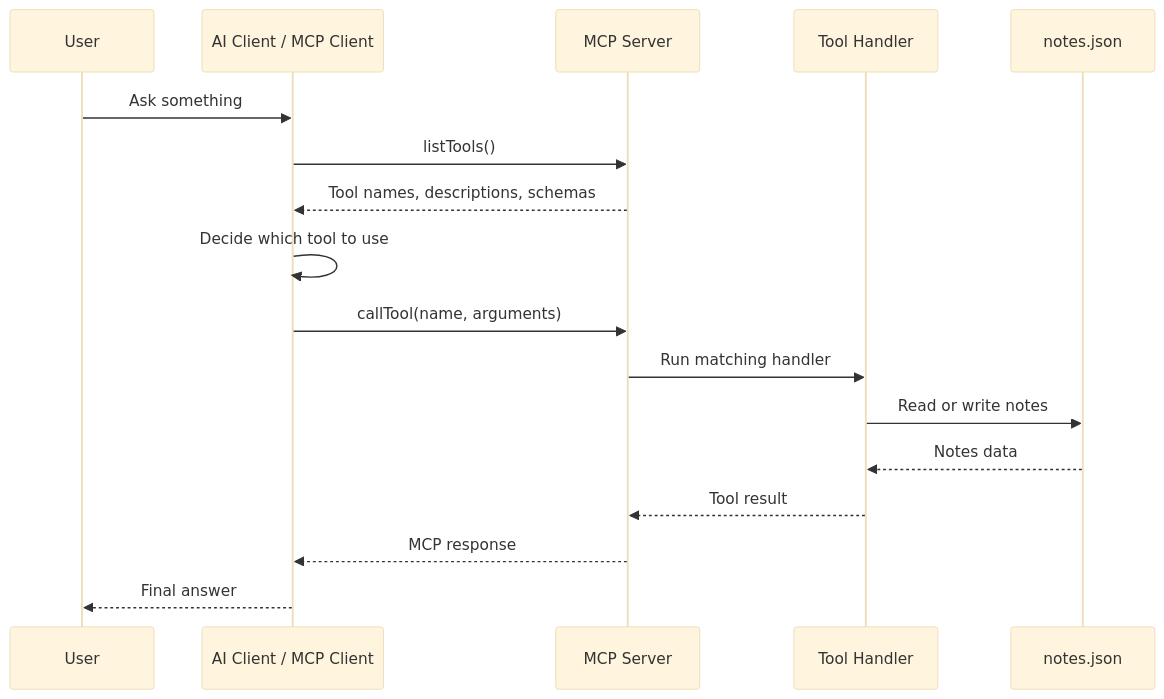
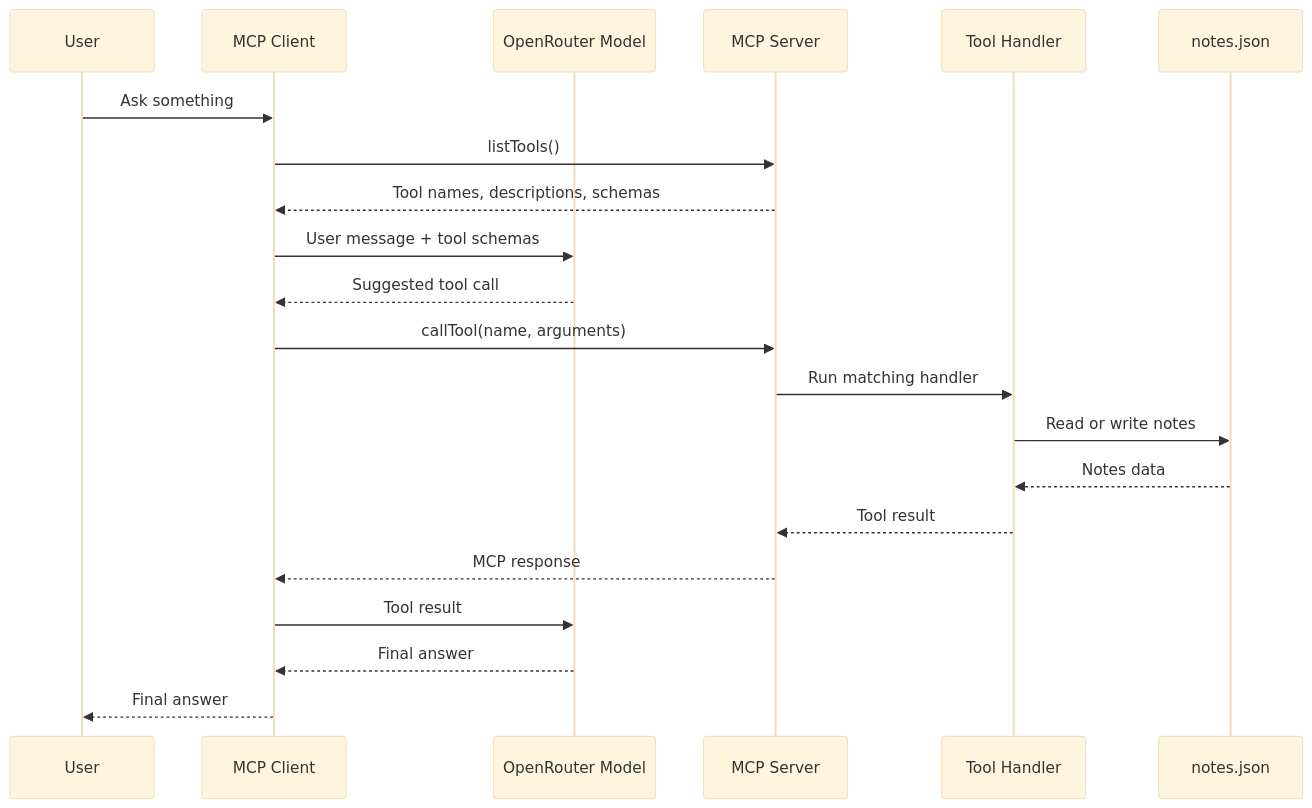
The diagram in docs/server-flow.md (sknefi/notes-mcp-server), drawn with Mermaid (base theme) before and after one commit.

Commit message:
updated flow

````diff
--- a/docs/server-flow.md
+++ b/docs/server-flow.md
@@ -24,20 +24,24 @@
 ```mermaid
 sequenceDiagram
     participant User
-    participant AI as AI Client / MCP Client
+    participant Client as MCP Client
+    participant AI as OpenRouter Model
     participant Server as MCP Server
     participant Tool as Tool Handler
     participant Store as notes.json
 
-    User->>AI: Ask something
-    AI->>Server: listTools()
-    Server-->>AI: Tool names, descriptions, schemas
-    AI->>AI: Decide which tool to use
-    AI->>Server: callTool(name, arguments)
+    User->>Client: Ask something
+    Client->>Server: listTools()
+    Server-->>Client: Tool names, descriptions, schemas
+    Client->>AI: User message + tool schemas
+    AI-->>Client: Suggested tool call
+    Client->>Server: callTool(name, arguments)
     Server->>Tool: Run matching handler
     Tool->>Store: Read or write notes
     Store-->>Tool: Notes data
     Tool-->>Server: Tool result
-    Server-->>AI: MCP response
-    AI-->>User: Final answer
+    Server-->>Client: MCP response
+    Client->>AI: Tool result
+    AI-->>Client: Final answer
+    Client-->>User: Final answer
 ```
````
